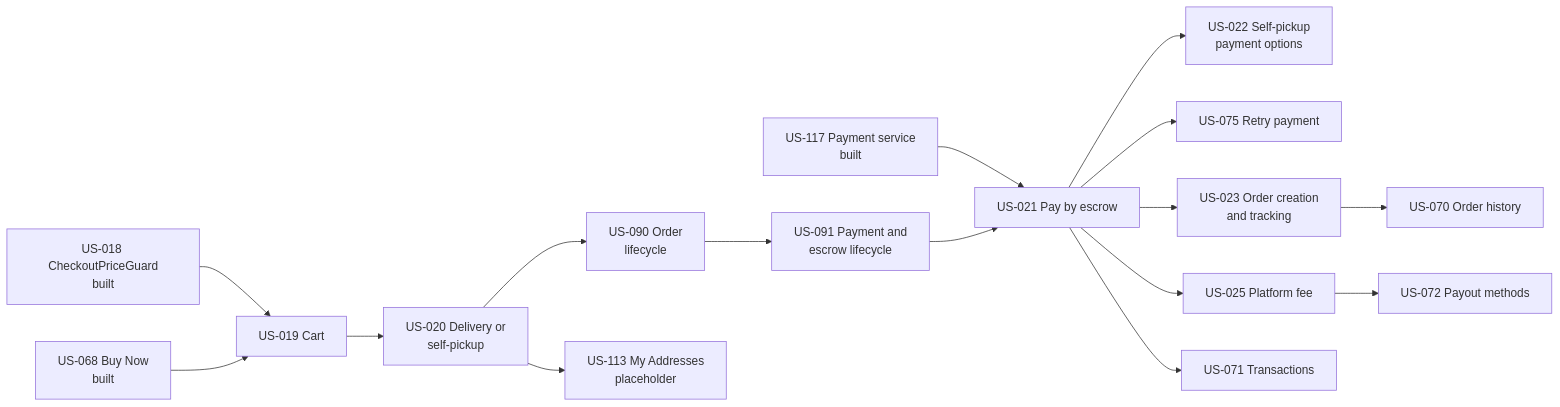
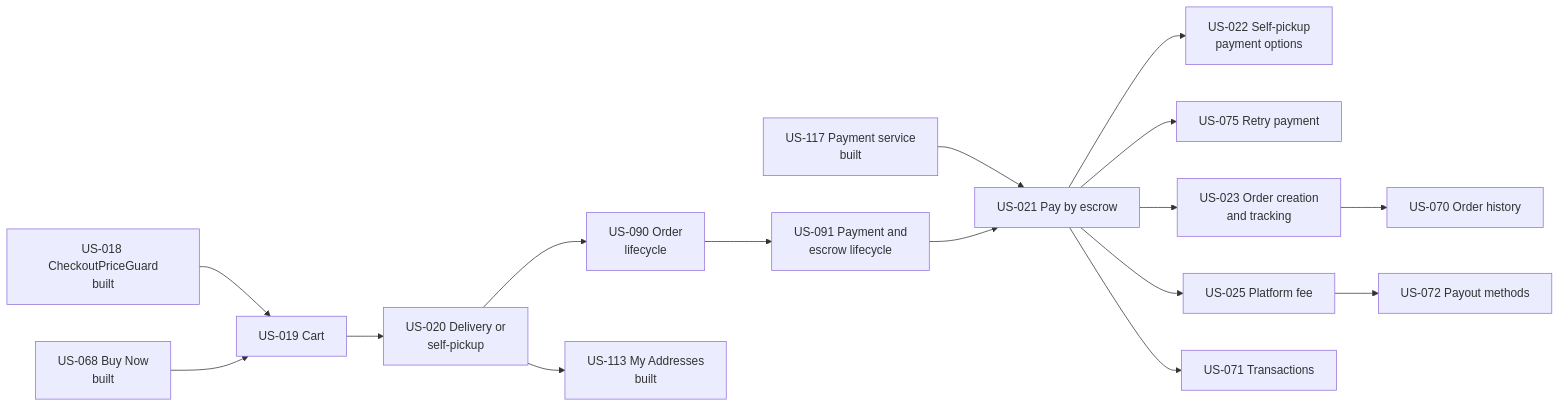
One commit to VSPL-New/Documents changed the first of 5 diagrams in LLD/Sprint-5-Cart-Checkout-Payments-LLD.md. Above: the diagram before and after it, drawn with Mermaid. The commit also changed other lines of this file and 5 other files, not shown here.

````diff
--- a/LLD/Sprint-5-Cart-Checkout-Payments-LLD.md
+++ b/LLD/Sprint-5-Cart-Checkout-Payments-LLD.md
@@ -34,18 +35,18 @@
 ```mermaid
 graph LR
     US018[US-018 CheckoutPriceGuard<br/>built] --> US019[US-019 Cart]
     US068[US-068 Buy Now<br/>built] --> US019
     US117[US-117 Payment service<br/>built] --> US021
     US019 --> US020[US-020 Delivery or<br/>self-pickup]
     US020 --> US090[US-090 Order<br/>lifecycle]
     US090 --> US091[US-091 Payment and<br/>escrow lifecycle]
     US091 --> US021[US-021 Pay by escrow]
     US021 --> US022[US-022 Self-pickup<br/>payment options]
     US021 --> US075[US-075 Retry payment]
     US021 --> US023[US-023 Order creation<br/>and tracking]
     US021 --> US025[US-025 Platform fee]
     US021 --> US071[US-071 Transactions]
     US025 --> US072[US-072 Payout methods]
     US023 --> US070[US-070 Order history]
-    US020 --> US113[US-113 My Addresses<br/>placeholder]
+    US020 --> US113[US-113 My Addresses<br/>built]
 ```
````
